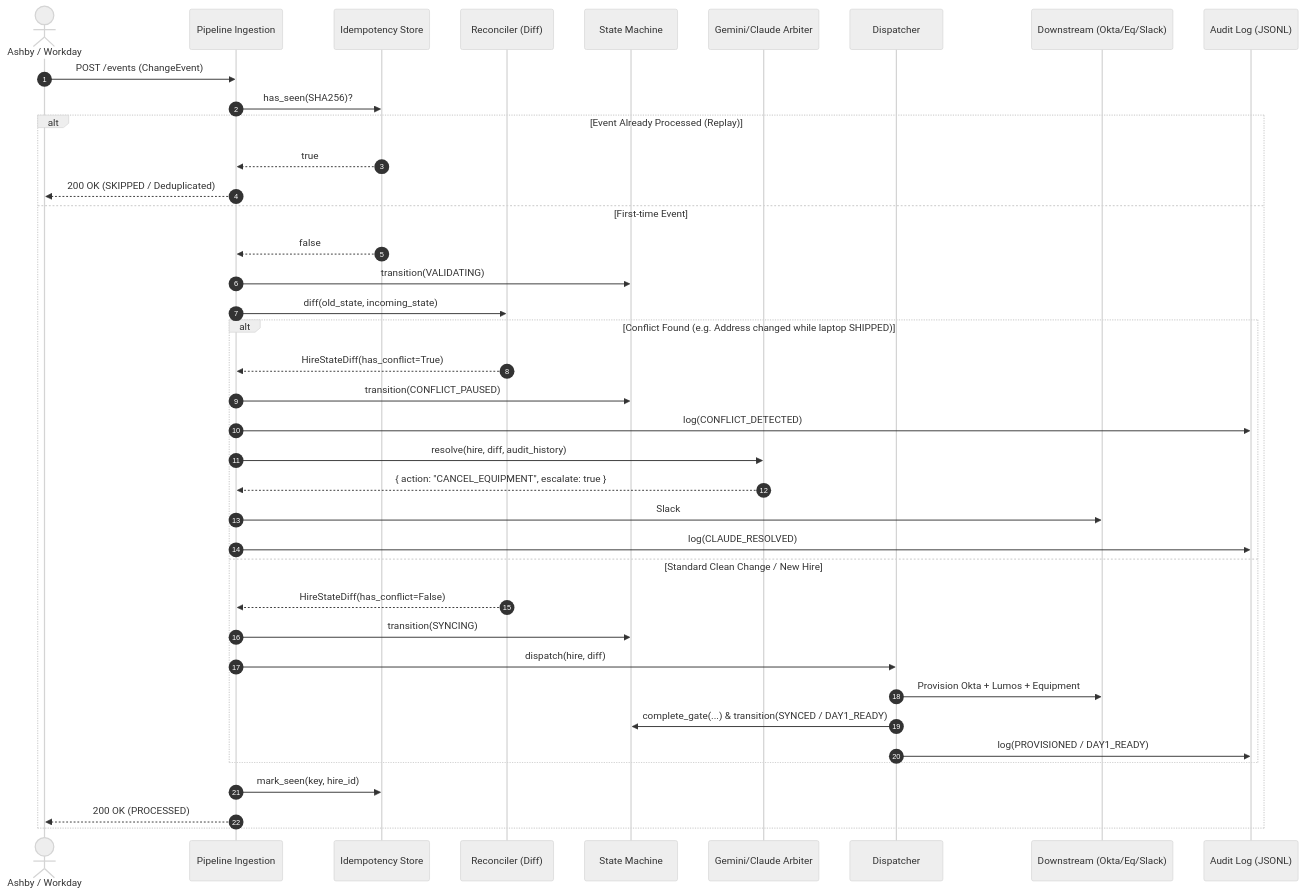
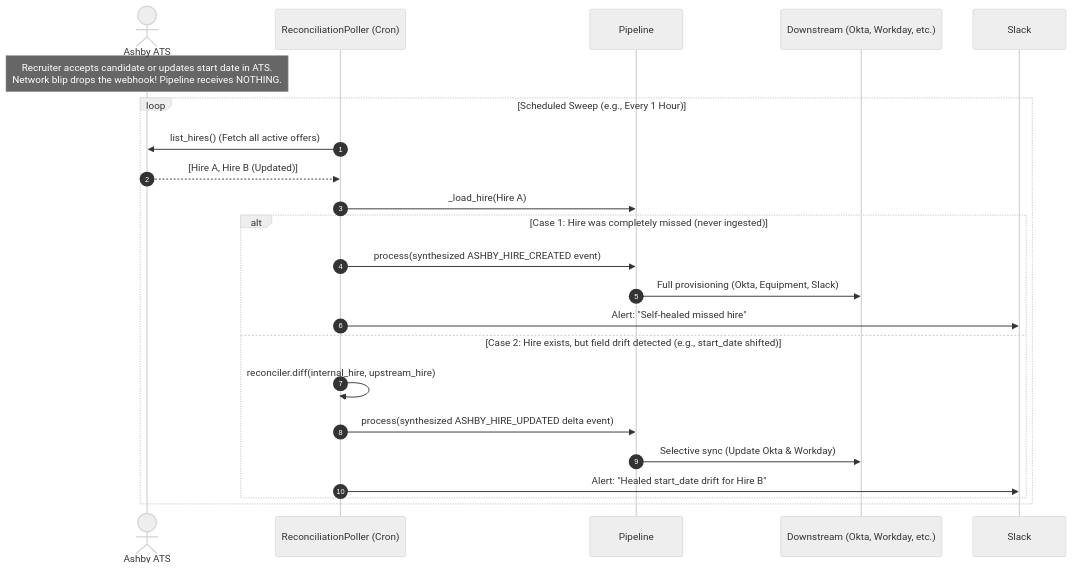
Before and after one commit to arpitb827/BetterUp-Ai-automation: the third of 4 diagrams in SYSTEMS_FLOW_MAP.md, drawn with Mermaid (neutral theme). The commit also changed other lines of this file and 1 other file, not shown here.

````diff
--- a/SYSTEMS_FLOW_MAP.md
+++ b/SYSTEMS_FLOW_MAP.md
@@ -90,44 +132,28 @@
 ```mermaid
 sequenceDiagram
     autonumber
-    actor Webhook as Ashby / Workday
-    participant Pipeline as Pipeline Ingestion
-    participant Idem as Idempotency Store
-    participant Rec as Reconciler (Diff)
-    participant SM as State Machine
-    participant AI as Gemini/Claude Arbiter
-    participant Disp as Dispatcher
-    participant External as Downstream (Okta/Eq/Slack)
-    participant Audit as Audit Log (JSONL)
+    actor ATS as Ashby ATS
+    participant Poller as ReconciliationPoller (Cron)
+    participant Pipe as Pipeline
+    participant Downstream as Downstream (Okta, Workday, etc.)
+    participant Slack as Slack #people-ops-alerts
 
-    Webhook->>Pipeline: POST /events (ChangeEvent)
-    Pipeline->>Idem: has_seen(SHA256)?
-    alt Event Already Processed (Replay)
-        Idem-->>Pipeline: true
-        Pipeline-->>Webhook: 200 OK (SKIPPED / Deduplicated)
-    else First-time Event
-        Idem-->>Pipeline: false
-        Pipeline->>SM: transition(VALIDATING)
-        Pipeline->>Rec: diff(old_state, incoming_state)
+    Note over ATS: Recruiter accepts candidate or updates start date in ATS.<br/>Network blip drops the webhook! Pipeline receives NOTHING.
+    
+    loop Scheduled Sweep (e.g., Every 1 Hour)
+        Poller->>ATS: list_hires() (Fetch all active offers)
+        ATS-->>Poller: [Hire A, Hire B (Updated)]
         
-        alt Conflict Found (e.g. Address changed while laptop SHIPPED)
-            Rec-->>Pipeline: HireStateDiff(has_conflict=True)
-            Pipeline->>SM: transition(CONFLICT_PAUSED)
-            Pipeline->>Audit: log(CONFLICT_DETECTED)
-            Pipeline->>AI: resolve(hire, diff, audit_history)
-            AI-->>Pipeline: { action: "CANCEL_EQUIPMENT", escalate: true }
-            Pipeline->>External: Slack #people-ops-alerts
-            Pipeline->>Audit: log(CLAUDE_RESOLVED)
-        else Standard Clean Change / New Hire
-            Rec-->>Pipeline: HireStateDiff(has_conflict=False)
-            Pipeline->>SM: transition(SYNCING)
-            Pipeline->>Disp: dispatch(hire, diff)
-            Disp->>External: Provision Okta + Lumos + Equipment
-            Disp->>SM: complete_gate(...) & transition(SYNCED / DAY1_READY)
-            Disp->>Audit: log(PROVISIONED / DAY1_READY)
+        Poller->>Pipe: _load_hire(Hire A)
+        alt Case 1: Hire was completely missed (never ingested)
+            Poller->>Pipe: process(synthesized ASHBY_HIRE_CREATED event)
+            Pipe->>Downstream: Full provisioning (Okta, Equipment, Slack)
+            Poller->>Slack: Alert: "Self-healed missed hire"
+        else Case 2: Hire exists, but field drift detected (e.g., start_date shifted)
+            Poller->>Poller: reconciler.diff(internal_hire, upstream_hire)
+            Poller->>Pipe: process(synthesized ASHBY_HIRE_UPDATED delta event)
+            Pipe->>Downstream: Selective sync (Update Okta & Workday)
+            Poller->>Slack: Alert: "Healed start_date drift for Hire B"
         end
-        
-        Pipeline->>Idem: mark_seen(key, hire_id)
-        Pipeline-->>Webhook: 200 OK (PROCESSED)
     end
 ```
````
